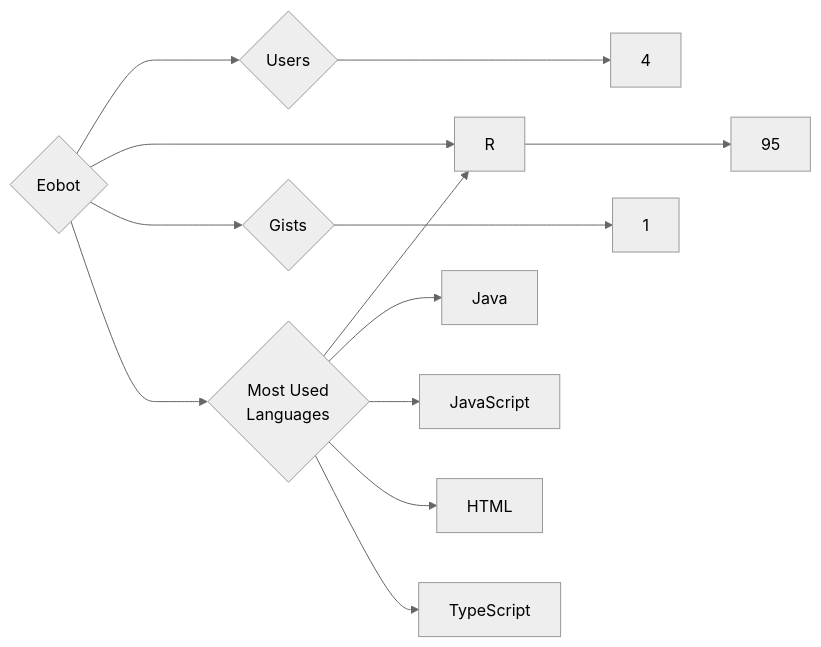
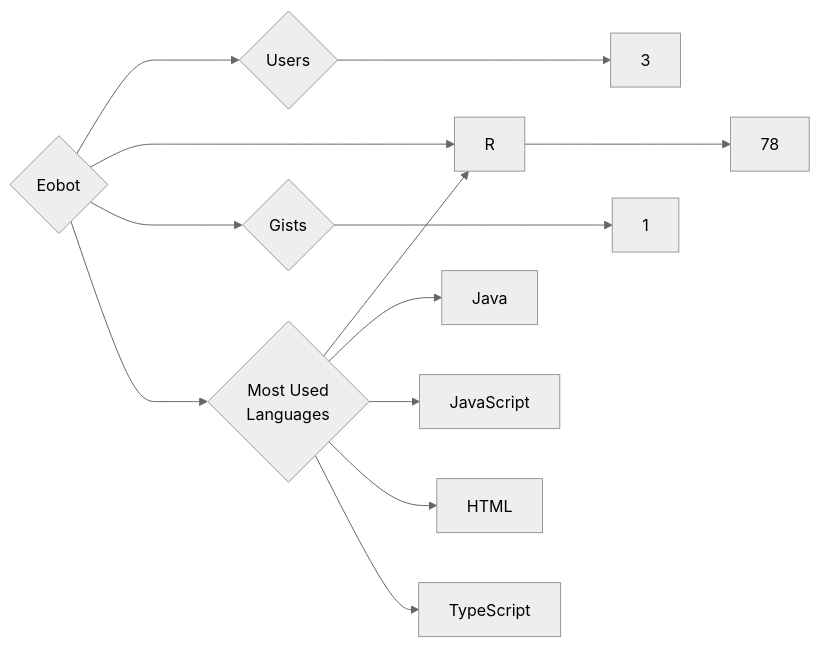
The diagram in targets/Eobot/README.md (trickest/insiders), drawn with Mermaid (neutral theme) before and after one commit. The commit also changed 1148 other files, not shown here.

````diff
--- a/targets/Eobot/README.md
+++ b/targets/Eobot/README.md
@@ -3,13 +3,13 @@
 ```mermaid
 graph LR
 COMPANY_NAME{Eobot}
-COMPANY_NAME ---> U{Users} ---> UN[4]
-COMPANY_NAME ---> R{Repositories} ---> RN[95]
+COMPANY_NAME ---> U{Users} ---> UN[3]
+COMPANY_NAME ---> R{Repositories} ---> RN[78]
 COMPANY_NAME ---> G{Gists} ---> GN[1]
 COMPANY_NAME ---> ML{Most Used<br>Languages}
 ML --> R[R]
 ML --> Java[Java]
 ML --> JavaScript[JavaScript]
 ML --> HTML[HTML]
 ML --> TypeScript[TypeScript]
 ```
````
